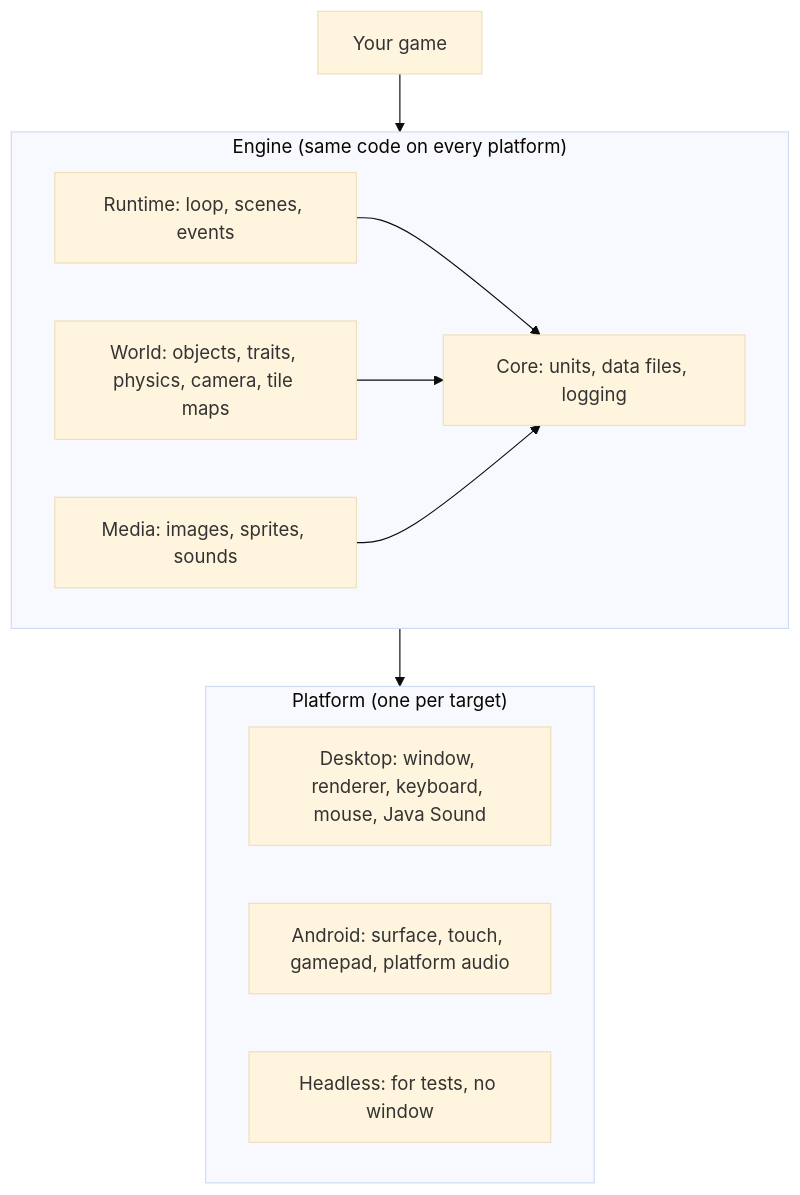
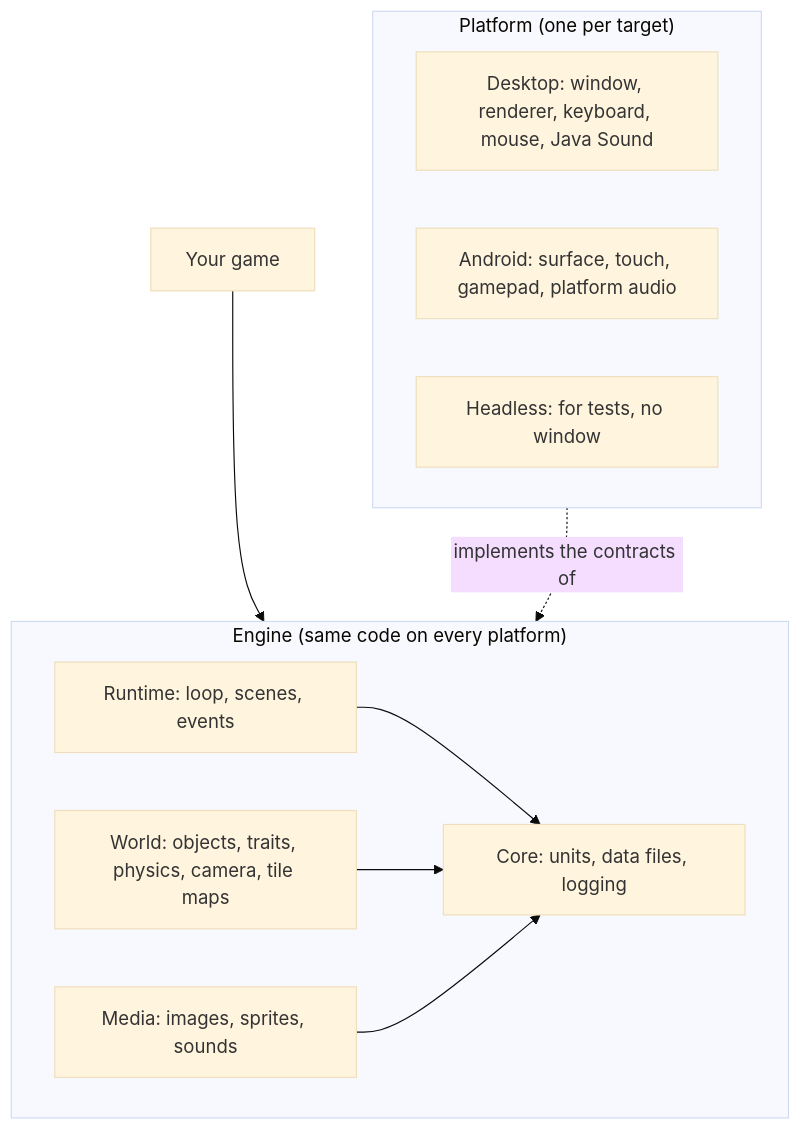
The first of 10 diagrams in docs/how-the-engine-works.md (b3dgs/lionengine), drawn with Mermaid (base theme) before and after one commit. The commit also changed other lines of this file and 31 other files, not shown here.

First line of the commit message:
docs: architecture review fixes and closure of the last open questions (ADR-0040 to ADR-0043) (#893)

````diff
--- a/docs/how-the-engine-works.md
+++ b/docs/how-the-engine-works.md
@@ -11,20 +11,20 @@
 ```mermaid
 flowchart TB
   game["Your game"]
   subgraph engine["Engine (same code on every platform)"]
     runtime["Runtime: loop, scenes, events"]
     world["World: objects, traits, physics, camera, tile maps"]
     media["Media: images, sprites, sounds"]
     core["Core: units, data files, logging"]
   end
   subgraph platform["Platform (one per target)"]
     desktop["Desktop: window, renderer, keyboard, mouse, Java Sound"]
     android["Android: surface, touch, gamepad, platform audio"]
     headless["Headless: for tests, no window"]
   end
   game --> engine
   runtime --> core
   world --> core
   media --> core
-  engine --> platform
+  platform -. "implements the contracts of" .-> engine
 ```
````
